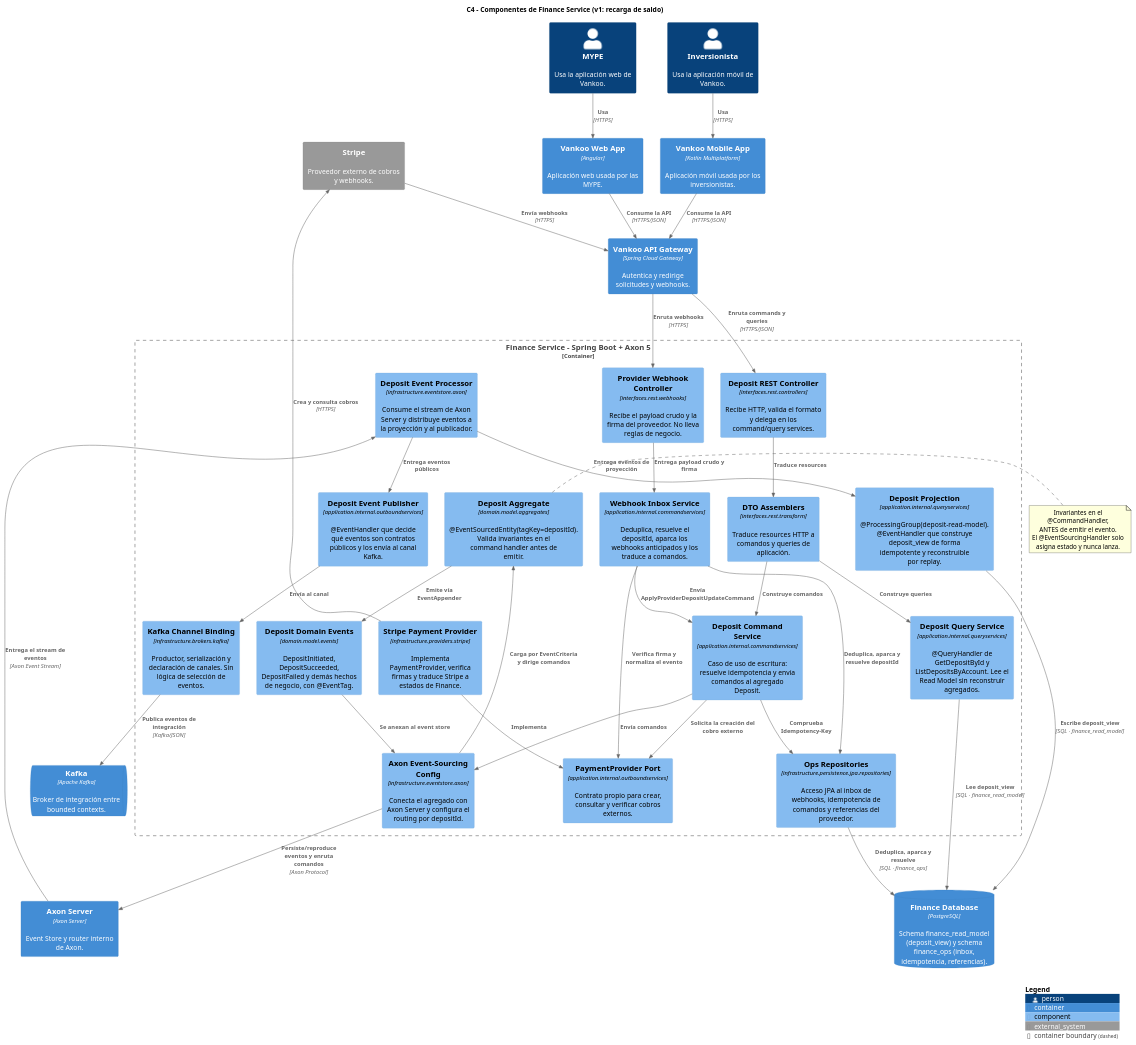
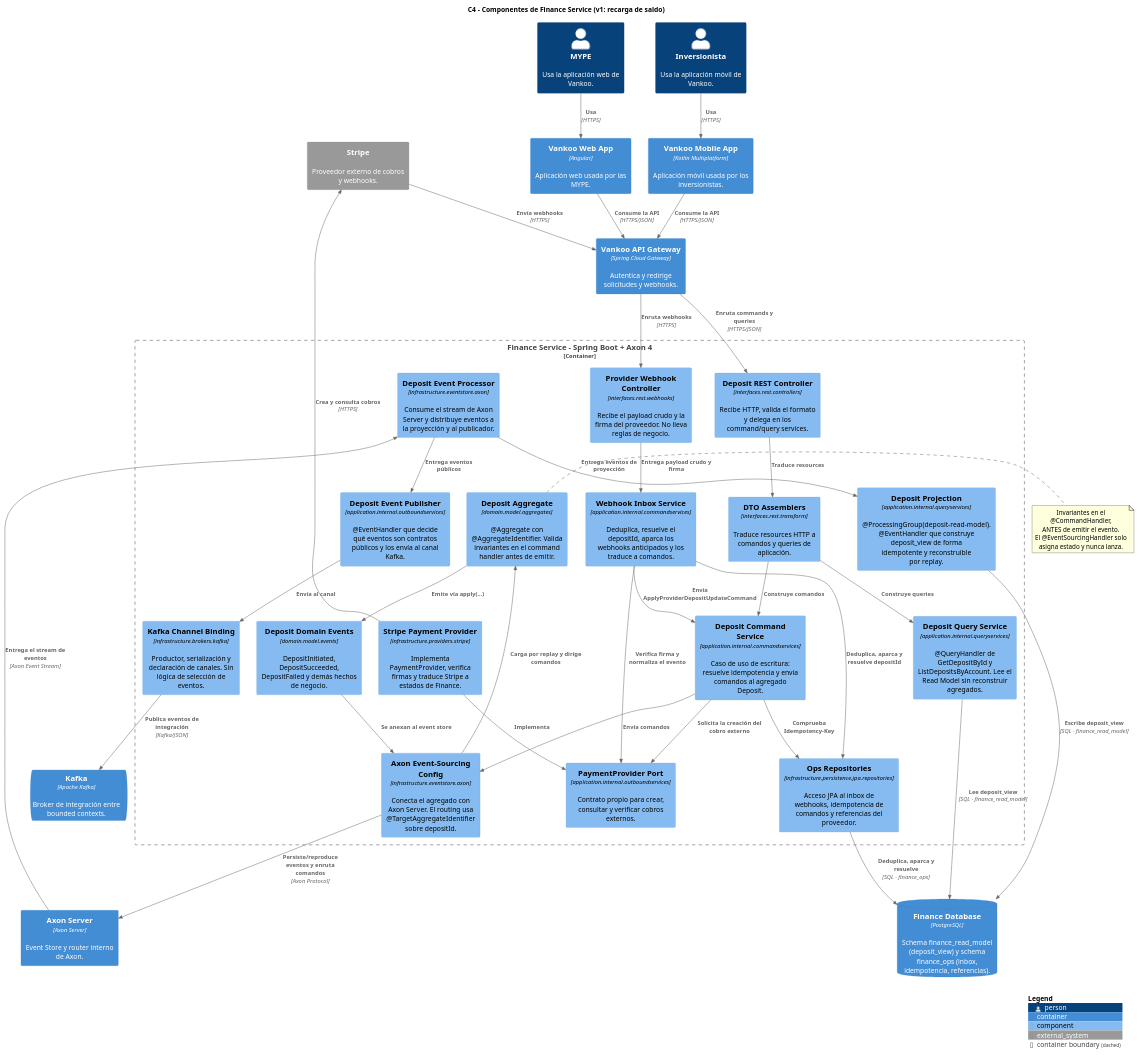
Before and after one commit to liquilabshq/vankoo-finance-service: the diagram in docs/architecture/finance-c4-components.puml, drawn with PlantUML. The commit also changed 8 other files, not shown here.

```diff
--- a/docs/architecture/finance-c4-components.puml
+++ b/docs/architecture/finance-c4-components.puml
@@ -1,99 +1,99 @@
 @startuml finance-c4-components
 
 !include https://raw.githubusercontent.com/plantuml-stdlib/C4-PlantUML/master/C4_Component.puml
 
 LAYOUT_WITH_LEGEND()
 
 title C4 - Componentes de Finance Service (v1: recarga de saldo)
 
 Person(mype, "MYPE", "Usa la aplicación web de Vankoo.")
 Person(investor, "Inversionista", "Usa la aplicación móvil de Vankoo.")
 System_Ext(stripe, "Stripe", "Proveedor externo de cobros y webhooks.")
 
 Container(web_app, "Vankoo Web App", "Angular", "Aplicación web usada por las MYPE.")
 Container(mobile_app, "Vankoo Mobile App", "Kotlin Multiplatform", "Aplicación móvil usada por los inversionistas.")
 Container(api_gateway, "Vankoo API Gateway", "Spring Cloud Gateway", "Autentica y redirige solicitudes y webhooks.")
 Container(axon_server, "Axon Server", "Axon Server", "Event Store y router interno de Axon.")
 ContainerQueue(kafka, "Kafka", "Apache Kafka", "Broker de integración entre bounded contexts.")
 ContainerDb(finance_db, "Finance Database", "PostgreSQL", "Schema finance_read_model (deposit_view) y schema finance_ops (inbox, idempotencia, referencias).")
 
-Container_Boundary(finance_service, "Finance Service - Spring Boot + Axon 5") {
+Container_Boundary(finance_service, "Finance Service - Spring Boot + Axon 4") {
 
     ' ---------- interfaces ----------
     Component(deposit_api, "Deposit REST Controller", "interfaces.rest.controllers", "Recibe HTTP, valida el formato y delega en los command/query services.")
     Component(webhook_api, "Provider Webhook Controller", "interfaces.rest.webhooks", "Recibe el payload crudo y la firma del proveedor. No lleva reglas de negocio.")
     Component(assemblers, "DTO Assemblers", "interfaces.rest.transform", "Traduce resources HTTP a comandos y queries de aplicación.")
 
     ' ---------- application ----------
     Component(command_service, "Deposit Command Service", "application.internal.commandservices", "Caso de uso de escritura: resuelve idempotencia y envía comandos al agregado Deposit.")
     Component(query_service, "Deposit Query Service", "application.internal.queryservices", "@QueryHandler de GetDepositById y ListDepositsByAccount. Lee el Read Model sin reconstruir agregados.")
     Component(webhook_service, "Webhook Inbox Service", "application.internal.commandservices", "Deduplica, resuelve el depositId, aparca los webhooks anticipados y los traduce a comandos.")
     Component(provider_port, "PaymentProvider Port", "application.internal.outboundservices", "Contrato propio para crear, consultar y verificar cobros externos.")
 
     ' ---------- domain ----------
-    Component(deposit_aggregate, "Deposit Aggregate", "domain.model.aggregates", "@EventSourcedEntity(tagKey=depositId). Valida invariantes en el command handler antes de emitir.")
-    Component(domain_events, "Deposit Domain Events", "domain.model.events", "DepositInitiated, DepositSucceeded, DepositFailed y demás hechos de negocio, con @EventTag.")
+    Component(deposit_aggregate, "Deposit Aggregate", "domain.model.aggregates", "@Aggregate con @AggregateIdentifier. Valida invariantes en el command handler antes de emitir.")
+    Component(domain_events, "Deposit Domain Events", "domain.model.events", "DepositInitiated, DepositSucceeded, DepositFailed y demás hechos de negocio.")
 
     ' ---------- infrastructure ----------
-    Component(axon_config, "Axon Event-Sourcing Config", "infrastructure.eventstore.axon", "Conecta el agregado con Axon Server y configura el routing por depositId.")
+    Component(axon_config, "Axon Event-Sourcing Config", "infrastructure.eventstore.axon", "Conecta el agregado con Axon Server. El routing usa @TargetAggregateIdentifier sobre depositId.")
     Component(event_processor, "Deposit Event Processor", "infrastructure.eventstore.axon", "Consume el stream de Axon Server y distribuye eventos a la proyección y al publicador.")
     Component(read_projection, "Deposit Projection", "application.internal.queryservices", "@ProcessingGroup(deposit-read-model). @EventHandler que construye deposit_view de forma idempotente y reconstruible por replay.")
     Component(ops_repository, "Ops Repositories", "infrastructure.persistence.jpa.repositories", "Acceso JPA al inbox de webhooks, idempotencia de comandos y referencias del proveedor.")
     Component(kafka_publisher, "Deposit Event Publisher", "application.internal.outboundservices", "@EventHandler que decide qué eventos son contratos públicos y los envía al canal Kafka.")
     Component(kafka_binding, "Kafka Channel Binding", "infrastructure.brokers.kafka", "Productor, serialización y declaración de canales. Sin lógica de selección de eventos.")
     Component(stripe_adapter, "Stripe Payment Provider", "infrastructure.providers.stripe", "Implementa PaymentProvider, verifica firmas y traduce Stripe a estados de Finance.")
 }
 
 ' ---------- entrada ----------
 Rel(mype, web_app, "Usa", "HTTPS")
 Rel(investor, mobile_app, "Usa", "HTTPS")
 Rel(web_app, api_gateway, "Consume la API", "HTTPS/JSON")
 Rel(mobile_app, api_gateway, "Consume la API", "HTTPS/JSON")
 Rel(api_gateway, deposit_api, "Enruta commands y queries", "HTTPS/JSON")
 Rel(stripe, api_gateway, "Envía webhooks", "HTTPS")
 Rel(api_gateway, webhook_api, "Enruta webhooks", "HTTPS")
 
 ' ---------- interfaces -> application ----------
 Rel(deposit_api, assemblers, "Traduce resources")
 Rel(assemblers, command_service, "Construye comandos")
 Rel(assemblers, query_service, "Construye queries")
 Rel(webhook_api, webhook_service, "Entrega payload crudo y firma")
 
 ' ---------- application ----------
 Rel(webhook_service, provider_port, "Verifica firma y normaliza el evento")
 Rel(webhook_service, ops_repository, "Deduplica, aparca y resuelve depositId")
 Rel(webhook_service, command_service, "Envía ApplyProviderDepositUpdateCommand")
 Rel(command_service, ops_repository, "Comprueba Idempotency-Key")
 Rel(command_service, provider_port, "Solicita la creación del cobro externo")
 Rel(command_service, axon_config, "Envía comandos")
 Rel(stripe_adapter, provider_port, "Implementa")
 
 ' ---------- escritura ----------
-Rel(axon_config, deposit_aggregate, "Carga por EventCriteria y dirige comandos")
-Rel(deposit_aggregate, domain_events, "Emite vía EventAppender")
+Rel(axon_config, deposit_aggregate, "Carga por replay y dirige comandos")
+Rel(deposit_aggregate, domain_events, "Emite vía apply(...)")
 Rel(domain_events, axon_config, "Se anexan al event store")
 Rel(axon_config, axon_server, "Persiste/reproduce eventos y enruta comandos", "Axon Protocol")
 
 ' ---------- lectura ----------
 Rel(axon_server, event_processor, "Entrega el stream de eventos", "Axon Event Stream")
 Rel(event_processor, read_projection, "Entrega eventos de proyección")
 Rel(event_processor, kafka_publisher, "Entrega eventos públicos")
 Rel(read_projection, finance_db, "Escribe deposit_view", "SQL · finance_read_model")
 Rel(query_service, finance_db, "Lee deposit_view", "SQL · finance_read_model")
 Rel(ops_repository, finance_db, "Deduplica, aparca y resuelve", "SQL · finance_ops")
 Rel(kafka_publisher, kafka_binding, "Envía al canal")
 Rel(kafka_binding, kafka, "Publica eventos de integración", "Kafka/JSON")
 
 ' ---------- salida al proveedor ----------
 Rel(stripe_adapter, stripe, "Crea y consulta cobros", "HTTPS")
 
 note right of deposit_aggregate
   Invariantes en el @CommandHandler,
   ANTES de emitir el evento.
   El @EventSourcingHandler solo
   asigna estado y nunca lanza.
 end note
 
 SHOW_LEGEND()
 
 @enduml
```
